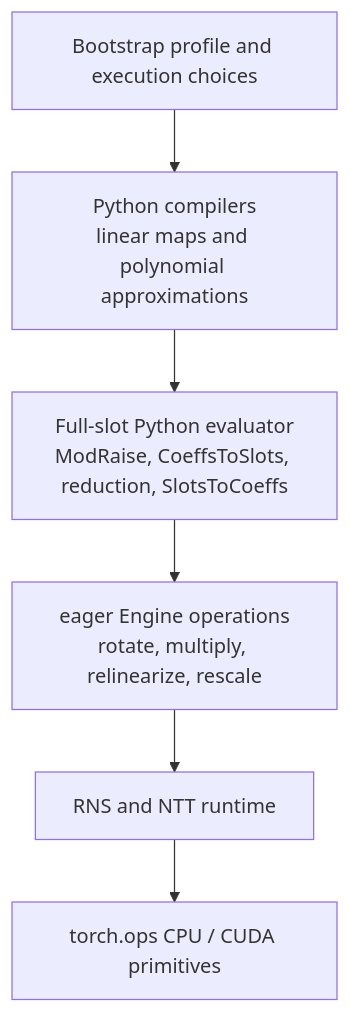
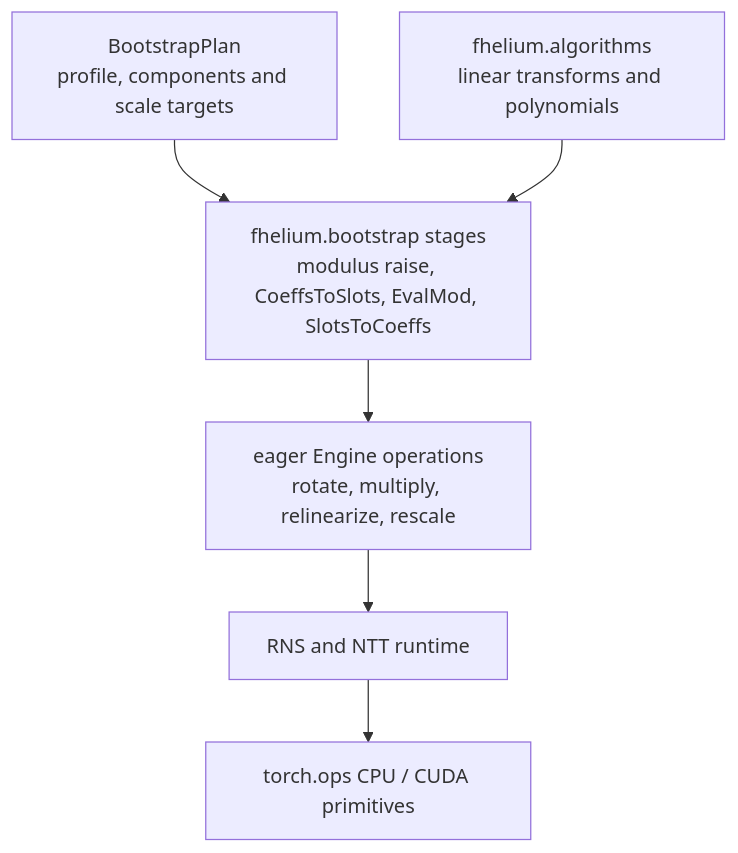
Before and after one commit to visualDust/fhelium: the diagram in docs/developer/composable-ckks-bootstrap.md, drawn with Mermaid. The commit also changed other lines of this file and 439 other files, not shown here.

````diff
--- a/docs/developer/composable-ckks-bootstrap.md
+++ b/docs/developer/composable-ckks-bootstrap.md
@@ -7,11 +7,12 @@
 ```mermaid
 flowchart TB
-    FACTORY[Bootstrap profile and execution choices]
-    COMPILE[Python compilers<br/>linear maps and polynomial approximations]
-    STAGES[Full-slot Python evaluator<br/>ModRaise, CoeffsToSlots, reduction, SlotsToCoeffs]
+    PLAN[BootstrapPlan<br/>profile, components and scale targets]
+    ALG[fhelium.algorithms<br/>linear transforms and polynomials]
+    STAGES[fhelium.bootstrap stages<br/>modulus raise, CoeffsToSlots, EvalMod, SlotsToCoeffs]
     ENGINE[eager Engine operations<br/>rotate, multiply, relinearize, rescale]
     RUNTIME[RNS and NTT runtime]
     OPS[torch.ops CPU / CUDA primitives]
 
-    FACTORY --> COMPILE --> STAGES --> ENGINE --> RUNTIME --> OPS
+    PLAN --> STAGES
+    ALG --> STAGES --> ENGINE --> RUNTIME --> OPS
 ```
````
